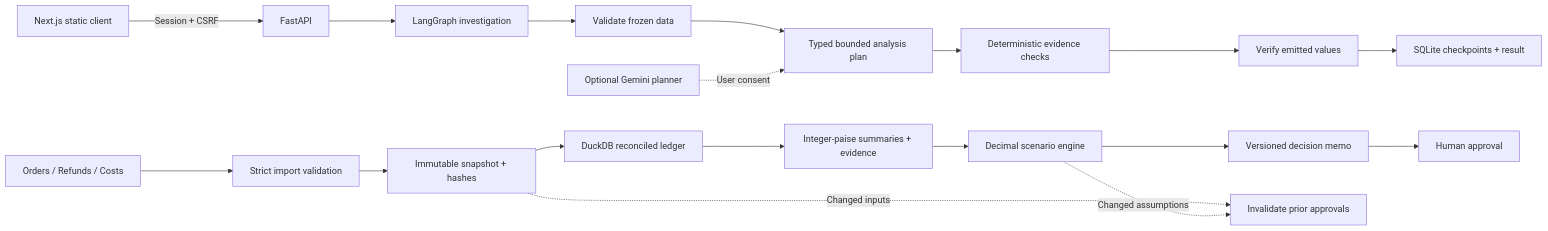
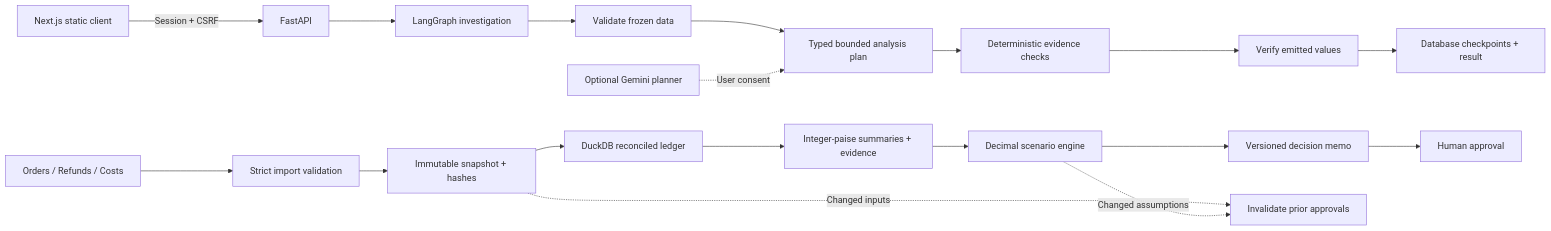
The diagram in docs/ARCHITECTURE.md (eeshwar369/MarginGuard), drawn with Mermaid before and after one commit. The commit also changed other lines of this file and 19 other files, not shown here.

````diff
--- a/docs/ARCHITECTURE.md
+++ b/docs/ARCHITECTURE.md
@@ -3,20 +3,20 @@
 ```mermaid
 flowchart LR
   Browser[Next.js static client] -->|Session + CSRF| API[FastAPI]
   CSV[Orders / Refunds / Costs] --> Validate[Strict import validation]
   Validate --> Version[Immutable snapshot + hashes]
   Version --> DuckDB[DuckDB reconciled ledger]
   DuckDB --> Summary[Integer-paise summaries + evidence]
   API --> Graph[LangGraph investigation]
   Graph --> ValidateNode[Validate frozen data]
   ValidateNode --> Plan[Typed bounded analysis plan]
   Gemini[Optional Gemini planner] -. User consent .-> Plan
   Plan --> Checks[Deterministic evidence checks]
   Checks --> Verify[Verify emitted values]
-  Verify --> Checkpoint[SQLite checkpoints + result]
+  Verify --> Checkpoint[Database checkpoints + result]
   Summary --> Scenario[Decimal scenario engine]
   Scenario --> Memo[Versioned decision memo]
   Memo --> Approval[Human approval]
   Version -. Changed inputs .-> Stale[Invalidate prior approvals]
   Scenario -. Changed assumptions .-> Stale
 ```
````
